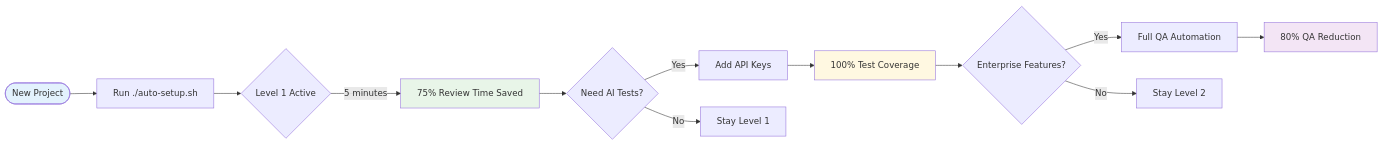
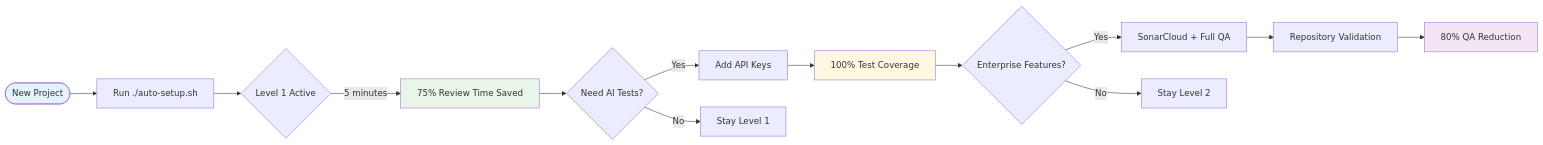
Before and after one commit to nydamon/ai-sdlc-docs: the second of 2 diagrams in docs/architecture-simplified.md, drawn with Mermaid. The commit also changed other lines of this file and 6 other files, not shown here.

First line of the commit message:
docs: comprehensive SonarCloud validation integration across all guides

````diff
--- a/docs/architecture-simplified.md
+++ b/docs/architecture-simplified.md
@@ -43,22 +44,23 @@
 ```mermaid
 flowchart LR
     Start([New Project]) --> Setup[Run ./auto-setup.sh]
     Setup --> Level1{Level 1 Active}
     Level1 -->|5 minutes| Benefits1[75% Review Time Saved]
 
     Benefits1 --> Upgrade1{Need AI Tests?}
     Upgrade1 -->|Yes| Level2[Add API Keys]
     Upgrade1 -->|No| Stay1[Stay Level 1]
 
     Level2 --> Benefits2[100% Test Coverage]
     Benefits2 --> Upgrade2{Enterprise Features?}
-    Upgrade2 -->|Yes| Level3[Full QA Automation]
+    Upgrade2 -->|Yes| Level3[SonarCloud + Full QA]
     Upgrade2 -->|No| Stay2[Stay Level 2]
 
-    Level3 --> Benefits3[80% QA Reduction]
+    Level3 --> SonarValidation[Repository Validation]
+    SonarValidation --> Benefits3[80% QA Reduction]
 
     style Start fill:#e3f2fd
     style Benefits1 fill:#e8f5e8
     style Benefits2 fill:#fff8e1
     style Benefits3 fill:#f3e5f5
 ```
````
